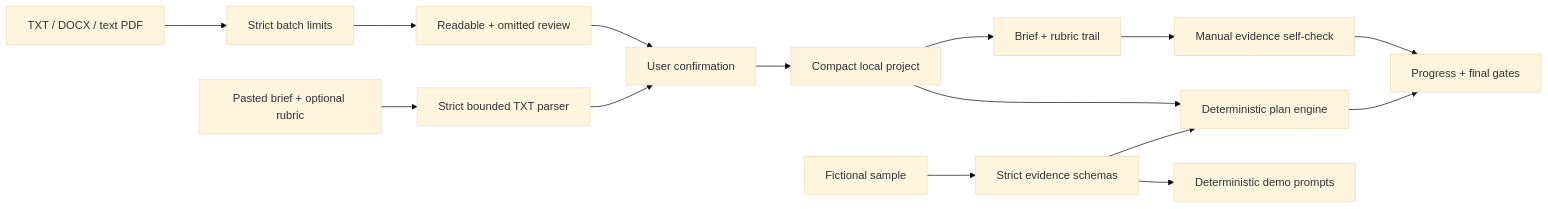
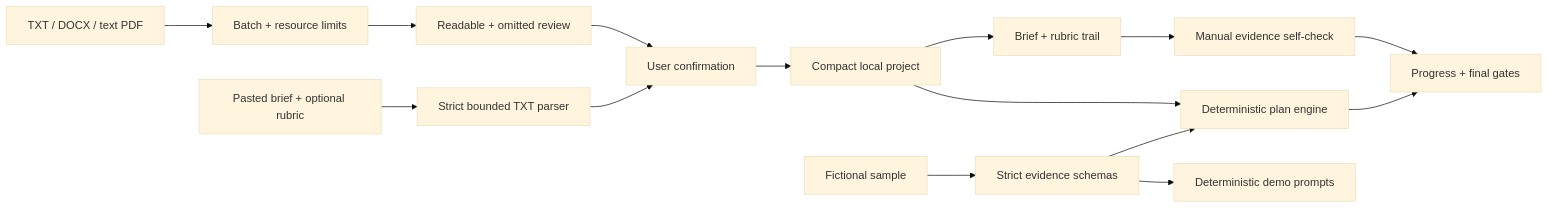
Before and after one commit to Sion612/rubrictrail: the diagram in README.md, drawn with Mermaid (base theme). The commit also changed other lines of this file and 14 other files, not shown here.

````diff
--- a/README.md
+++ b/README.md
@@ -190,17 +201,17 @@
 ```mermaid
 flowchart LR
-  A["TXT / DOCX / text PDF"] --> B["Strict batch limits"]
+  A["TXT / DOCX / text PDF"] --> B["Batch + resource limits"]
   B --> R["Readable + omitted review"]
   P["Pasted brief + optional rubric"] --> T["Strict bounded TXT parser"]
   R --> C["User confirmation"]
   T --> C
   C --> D["Compact local project"]
   D --> E["Brief + rubric trail"]
   D --> F["Deterministic plan engine"]
   E --> G["Manual evidence self-check"]
   F --> H["Progress + final gates"]
   G --> H
   S["Fictional sample"] --> I["Strict evidence schemas"]
   I --> F
   I --> J["Deterministic demo prompts"]
 ```
````
